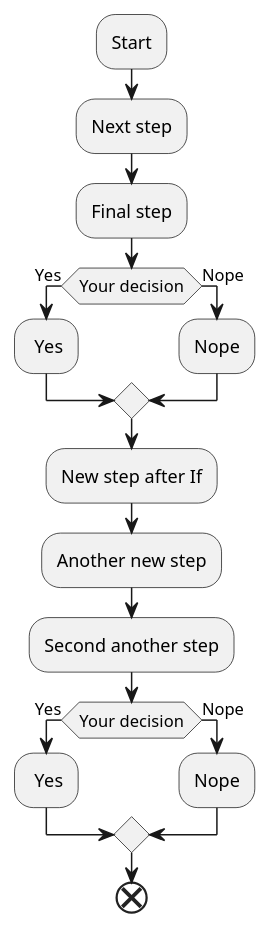
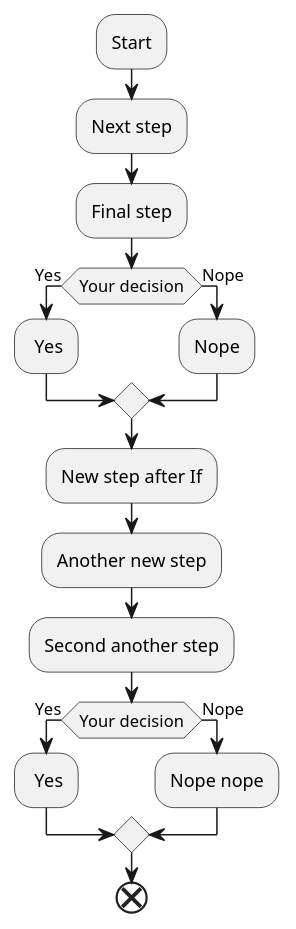
Before and after one commit to Stanyslav25/Plant_Uml_VCS: the diagram in Diagram/Diagramm.puml, drawn with PlantUML.

Commit message:
Update if block

```diff
--- a/Diagram/Diagramm.puml
+++ b/Diagram/Diagramm.puml
@@ -1,19 +1,19 @@
 @startuml
 :Start;
 :Next step;
 :Final step;
 if (Your decision) then (Yes)
 : Yes;
 else (Nope)
 :Nope;
 endIf
 :New step after If;
 :Another new step;
 :Second another step;
 if (Your decision) then (Yes)
 : Yes;
 else (Nope)
-:Nope;
+:Nope nope;
 endIf
 end
 @enduml
```
